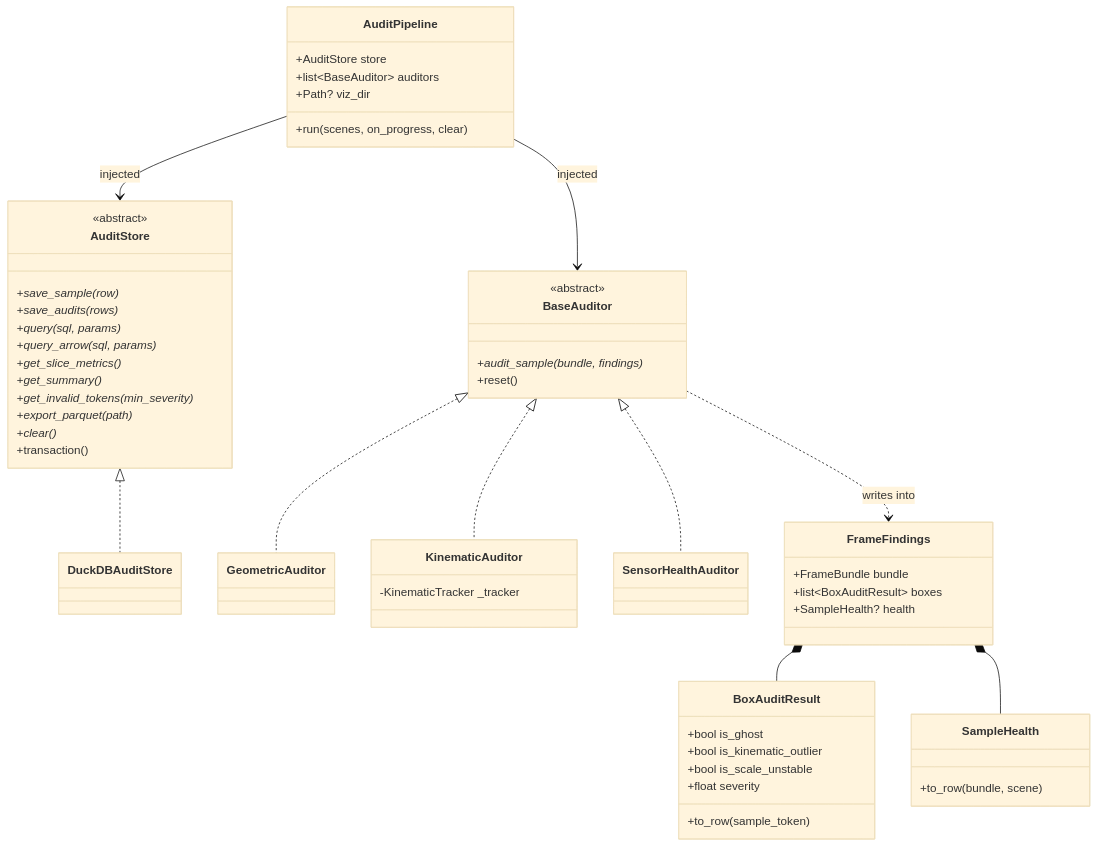
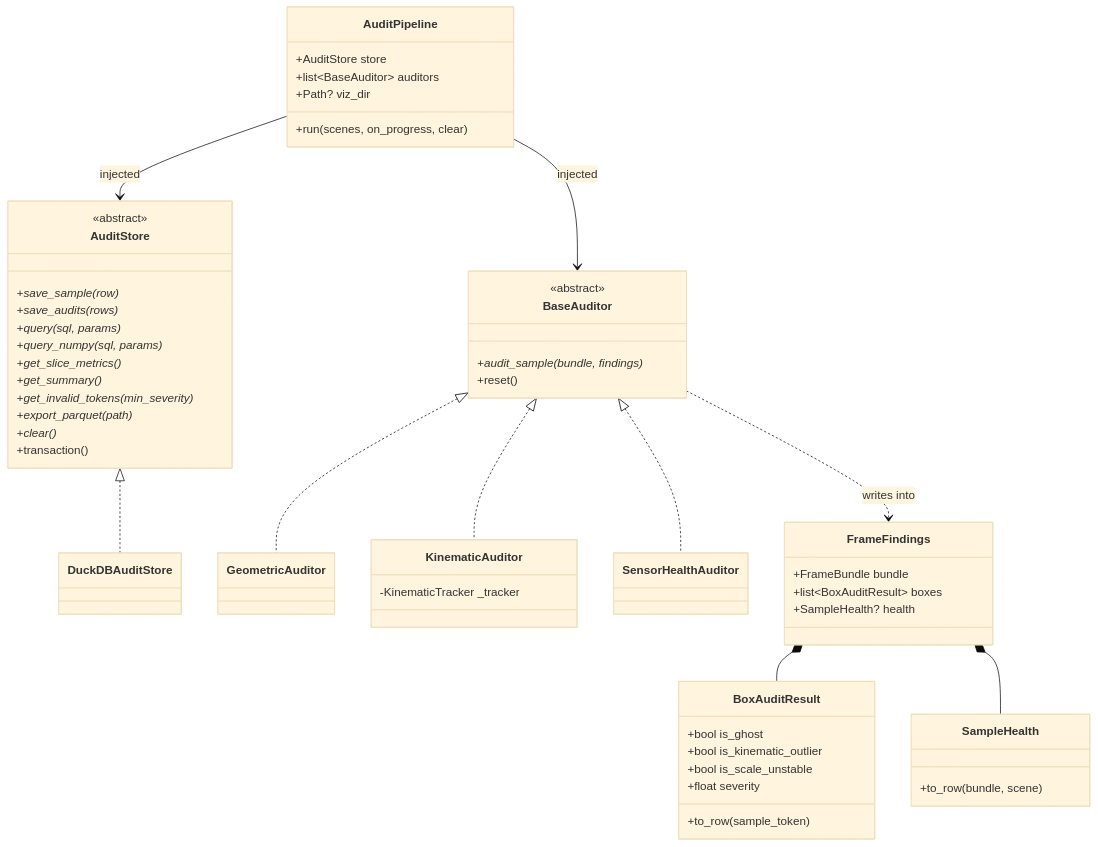
The second of 4 diagrams in docs/architecture.md (unnobatroo/kozquloq), drawn with Mermaid (base theme) before and after one commit. The commit also changed 7 other files, not shown here.

````diff
--- a/docs/architecture.md
+++ b/docs/architecture.md
@@ -62,61 +62,61 @@
 ```mermaid
 classDiagram
     class BaseAuditor {
         <<abstract>>
         +audit_sample(bundle, findings)*
         +reset()
     }
     class GeometricAuditor
     class KinematicAuditor {
         -KinematicTracker _tracker
     }
     class SensorHealthAuditor
     BaseAuditor <|.. GeometricAuditor
     BaseAuditor <|.. KinematicAuditor
     BaseAuditor <|.. SensorHealthAuditor
 
     class AuditStore {
         <<abstract>>
         +save_sample(row)*
         +save_audits(rows)*
         +query(sql, params)*
-        +query_arrow(sql, params)*
+        +query_numpy(sql, params)*
         +get_slice_metrics()*
         +get_summary()*
         +get_invalid_tokens(min_severity)*
         +export_parquet(path)*
         +clear()*
         +transaction()
     }
     class DuckDBAuditStore
     AuditStore <|.. DuckDBAuditStore
 
     class AuditPipeline {
         +AuditStore store
         +list~BaseAuditor~ auditors
         +Path? viz_dir
         +run(scenes, on_progress, clear)
     }
     AuditPipeline --> AuditStore : injected
     AuditPipeline --> BaseAuditor : injected
 
     class FrameFindings {
         +FrameBundle bundle
         +list~BoxAuditResult~ boxes
         +SampleHealth? health
     }
     BaseAuditor ..> FrameFindings : writes into
 
     class BoxAuditResult {
         +bool is_ghost
         +bool is_kinematic_outlier
         +bool is_scale_unstable
         +float severity
         +to_row(sample_token)
     }
     class SampleHealth {
         +to_row(bundle, scene)
     }
     FrameFindings *-- BoxAuditResult
     FrameFindings *-- SampleHealth
 ```
````
